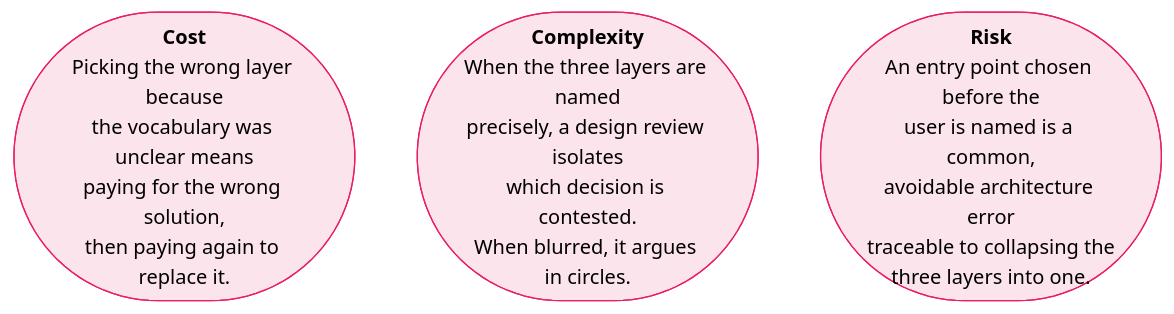
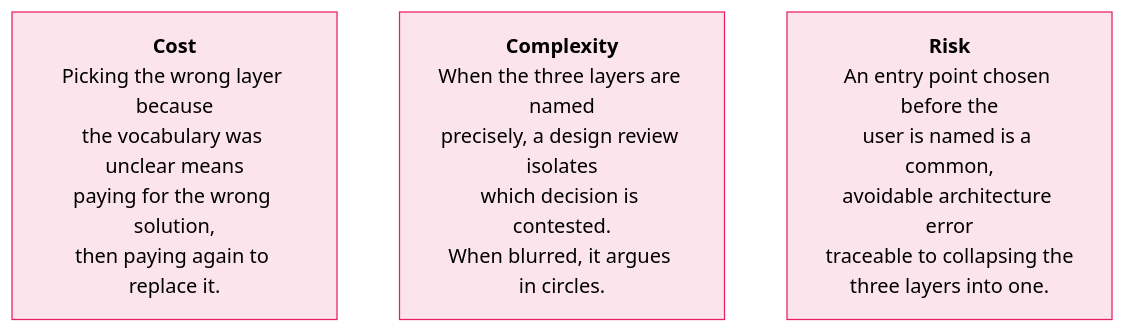
Before and after one commit to shreyabaid007/Claude-Certified-Architect: the second of 6 diagrams in Professional/01-Claude-Platform-and-Solution-Design/02-Platform-Map-and-Primitives.md, drawn with Mermaid. The commit also changed other lines of this file and 1 other file, not shown here.

Commit message:
Switch Cost/Complexity/Risk to standard rectangular boxes
Replace stadium/pill shapes with regular box nodes for consistency
with all other diagram nodes.

````diff
--- a/Professional/01-Claude-Platform-and-Solution-Design/02-Platform-Map-and-Primitives.md
+++ b/Professional/01-Claude-Platform-and-Solution-Design/02-Platform-Map-and-Primitives.md
@@ -55,10 +55,10 @@
 ```mermaid
 flowchart LR
     classDef risk fill:#fce4ec,stroke:#e91e63,color:#000
 
-    C(["<b>Cost</b><br/>Picking the wrong layer because<br/>the vocabulary was unclear means<br/>paying for the wrong solution,<br/>then paying again to replace it."]):::risk
-    X(["<b>Complexity</b><br/>When the three layers are named<br/>precisely, a design review isolates<br/>which decision is contested.<br/>When blurred, it argues in circles."]):::risk
-    R(["<b>Risk</b><br/>An entry point chosen before the<br/>user is named is a common,<br/>avoidable architecture error<br/>traceable to collapsing the<br/>three layers into one."]):::risk
+    C["<b>Cost</b><br/>Picking the wrong layer because<br/>the vocabulary was unclear means<br/>paying for the wrong solution,<br/>then paying again to replace it."]:::risk
+    X["<b>Complexity</b><br/>When the three layers are named<br/>precisely, a design review isolates<br/>which decision is contested.<br/>When blurred, it argues in circles."]:::risk
+    R["<b>Risk</b><br/>An entry point chosen before the<br/>user is named is a common,<br/>avoidable architecture error<br/>traceable to collapsing the<br/>three layers into one."]:::risk
 
     C ~~~ X ~~~ R
 ```
````
